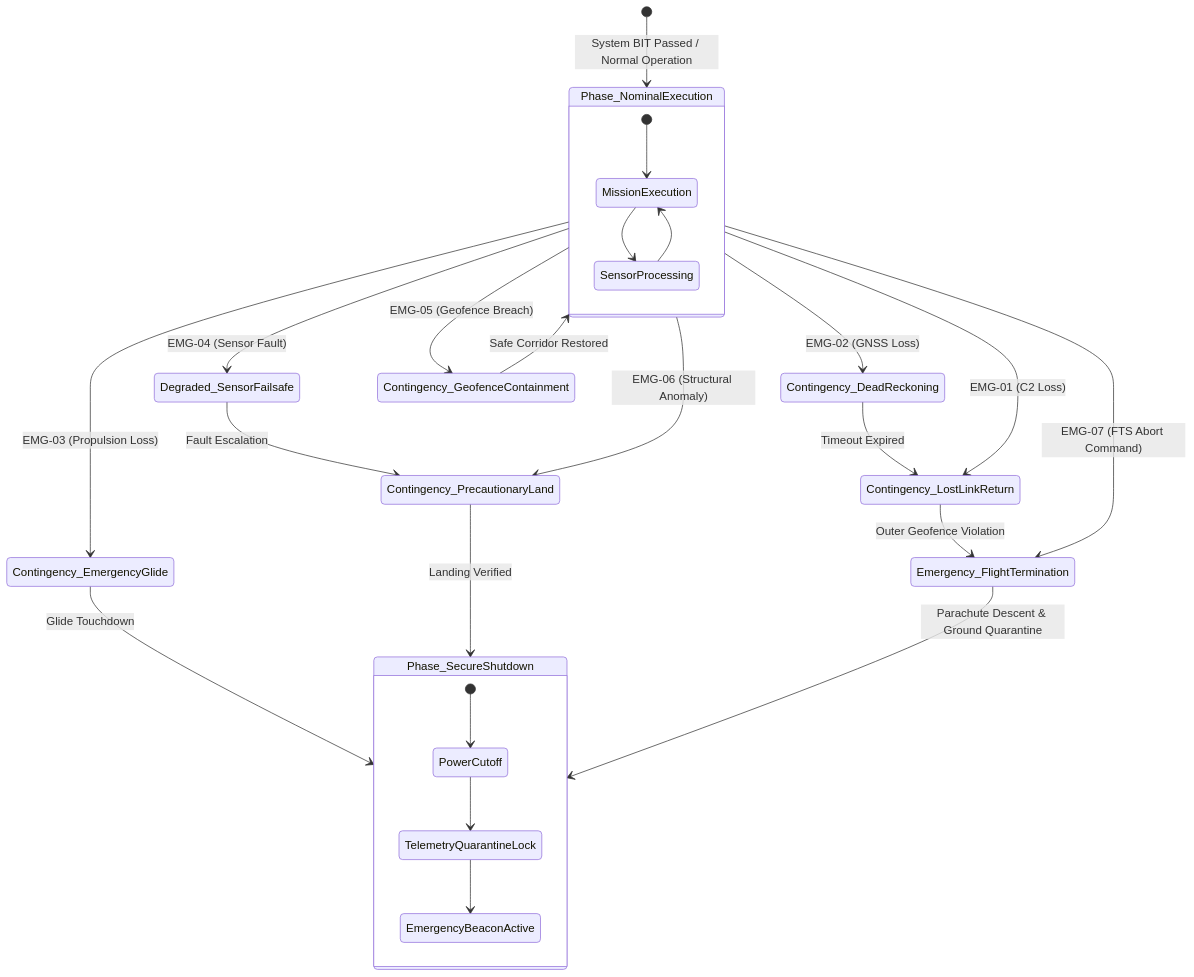
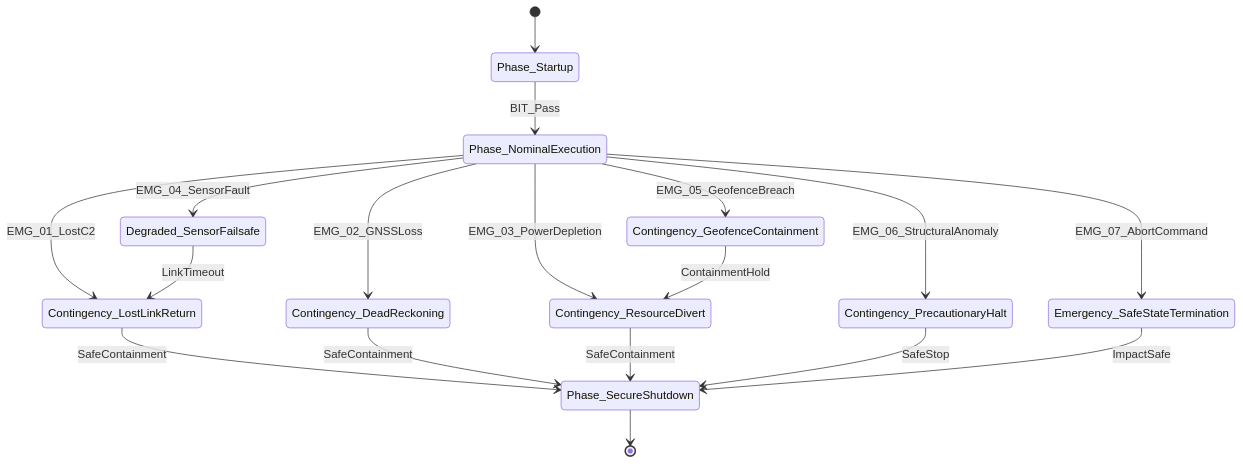
The diagram in skills/spec-orchestrator/resources/CONOPS_CANONICAL_TEMPLATE.md (gintatkinson/uav-13), drawn with Mermaid before and after one commit. The commit also changed other lines of this file and 128 other files, not shown here.

````diff
--- a/skills/spec-orchestrator/resources/CONOPS_CANONICAL_TEMPLATE.md
+++ b/skills/spec-orchestrator/resources/CONOPS_CANONICAL_TEMPLATE.md
@@ -109,32 +126,20 @@
 ```mermaid
 stateDiagram-v2
-    [*] --> Phase_NominalExecution : System BIT Passed / Normal Operation
-
-    state Phase_NominalExecution {
-        [*] --> MissionExecution
-        MissionExecution --> SensorProcessing
-        SensorProcessing --> MissionExecution
-    }
-
-    Phase_NominalExecution --> Degraded_SensorFailsafe : EMG-04 (Sensor Fault)
-    Phase_NominalExecution --> Contingency_DeadReckoning : EMG-02 (GNSS Loss)
-    Phase_NominalExecution --> Contingency_LostLinkReturn : EMG-01 (C2 Loss)
-    Phase_NominalExecution --> Contingency_GeofenceContainment : EMG-05 (Geofence Breach)
-    Phase_NominalExecution --> Contingency_PrecautionaryLand : EMG-06 (Structural Anomaly)
-    Phase_NominalExecution --> Contingency_EmergencyGlide : EMG-03 (Propulsion Loss)
-    Phase_NominalExecution --> Emergency_FlightTermination : EMG-07 (FTS Abort Command)
-
-    Degraded_SensorFailsafe --> Contingency_PrecautionaryLand : Fault Escalation
-    Contingency_DeadReckoning --> Contingency_LostLinkReturn : Timeout Expired
-    Contingency_LostLinkReturn --> Emergency_FlightTermination : Outer Geofence Violation
-    Contingency_GeofenceContainment --> Phase_NominalExecution : Safe Corridor Restored
-    Contingency_EmergencyGlide --> Phase_SecureShutdown : Glide Touchdown
-    Contingency_PrecautionaryLand --> Phase_SecureShutdown : Landing Verified
-    Emergency_FlightTermination --> Phase_SecureShutdown : Parachute Descent & Ground Quarantine
-
-    state Phase_SecureShutdown {
-        [*] --> PowerCutoff
-        PowerCutoff --> TelemetryQuarantineLock
-        TelemetryQuarantineLock --> EmergencyBeaconActive
-    }
+    [*] --> Phase_Startup
+    Phase_Startup --> Phase_NominalExecution : BIT_Pass
+    Phase_NominalExecution --> Degraded_SensorFailsafe : EMG_04_SensorFault
+    Phase_NominalExecution --> Contingency_LostLinkReturn : EMG_01_LostC2
+    Phase_NominalExecution --> Contingency_DeadReckoning : EMG_02_GNSSLoss
+    Phase_NominalExecution --> Contingency_ResourceDivert : EMG_03_PowerDepletion
+    Phase_NominalExecution --> Contingency_GeofenceContainment : EMG_05_GeofenceBreach
+    Phase_NominalExecution --> Contingency_PrecautionaryHalt : EMG_06_StructuralAnomaly
+    Phase_NominalExecution --> Emergency_SafeStateTermination : EMG_07_AbortCommand
+    Degraded_SensorFailsafe --> Contingency_LostLinkReturn : LinkTimeout
+    Contingency_LostLinkReturn --> Phase_SecureShutdown : SafeContainment
+    Contingency_DeadReckoning --> Phase_SecureShutdown : SafeContainment
+    Contingency_ResourceDivert --> Phase_SecureShutdown : SafeContainment
+    Contingency_GeofenceContainment --> Contingency_ResourceDivert : ContainmentHold
+    Contingency_PrecautionaryHalt --> Phase_SecureShutdown : SafeStop
+    Emergency_SafeStateTermination --> Phase_SecureShutdown : ImpactSafe
+    Phase_SecureShutdown --> [*]
 ```
````
